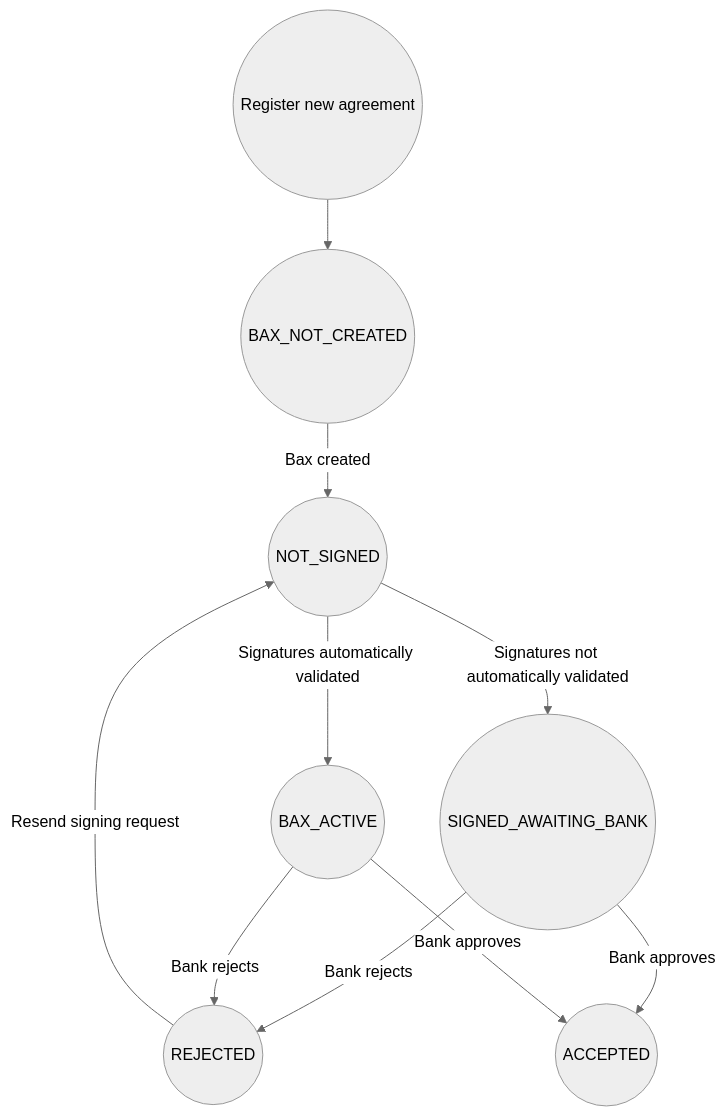
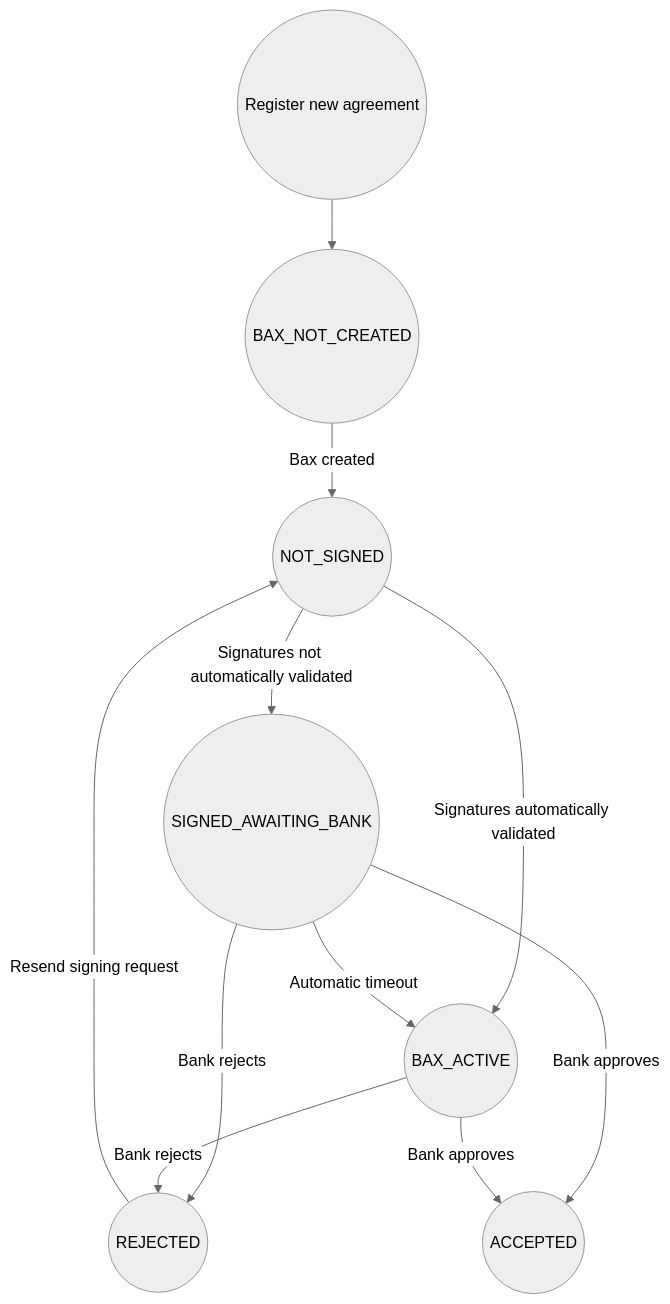
Before and after one commit to BankAxept/bankaxept-onboarding-external-documentation: the first of 7 diagrams in docs/getting_started.md, drawn with Mermaid (neutral theme).

Commit message:
need another transition

````diff
--- a/docs/getting_started.md
+++ b/docs/getting_started.md
@@ -47,12 +47,13 @@
 ```mermaid
 graph TD
     A((Register new agreement)) --> B((BAX_NOT_CREATED))
     B -->|Bax created| C((NOT_SIGNED))
     C -->|Signatures not automatically validated| D((SIGNED_AWAITING_BANK))
     C -->|Signatures automatically validated| E((BAX_ACTIVE))
     D -->|Bank rejects| F((REJECTED))
     D -->|Bank approves| G((ACCEPTED))
+    D -->|Automatic timeout| E((BAX_ACTIVE))
     E -->|Bank rejects| F((REJECTED))
     E -->|Bank approves| G((ACCEPTED))
     F -->|Resend signing request| C((NOT_SIGNED))
 ```
````
